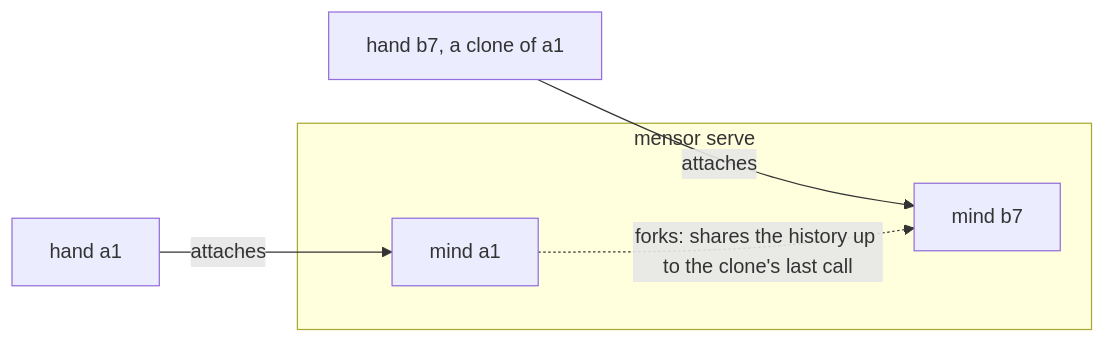
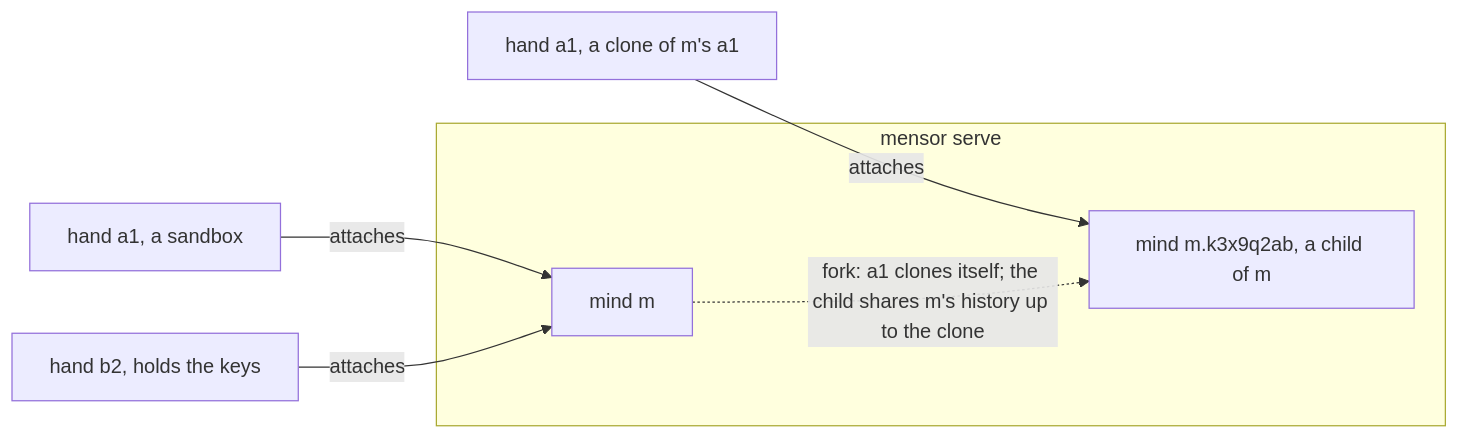
One commit to Savid/mensor changed the diagram in README.md. Above: the diagram before and after it, drawn with Mermaid. The commit also changed other lines of this file and 48 other files, not shown here.

First line of the commit message:
One mind, many hands, and forks the mind makes

````diff
--- a/README.md
+++ b/README.md
@@ -11,10 +14,11 @@
 ```mermaid
 flowchart LR
   subgraph host["mensor serve"]
-    A["mind a1"]
-    B["mind b7"]
+    M["mind m"]
+    C["mind m.k3x9q2ab, a child of m"]
   end
-  a1["hand a1"] -- attaches --> A
-  b7["hand b7, a clone of a1"] -- attaches --> B
-  A -. "forks: shares the history up to the clone's last call" .-> B
+  a1["hand a1, a sandbox"] -- attaches --> M
+  b2["hand b2, holds the keys"] -- attaches --> M
+  a1c["hand a1, a clone of m's a1"] -- attaches --> C
+  M -. "fork: a1 clones itself; the child shares m's history up to the clone" .-> C
 ```
````
